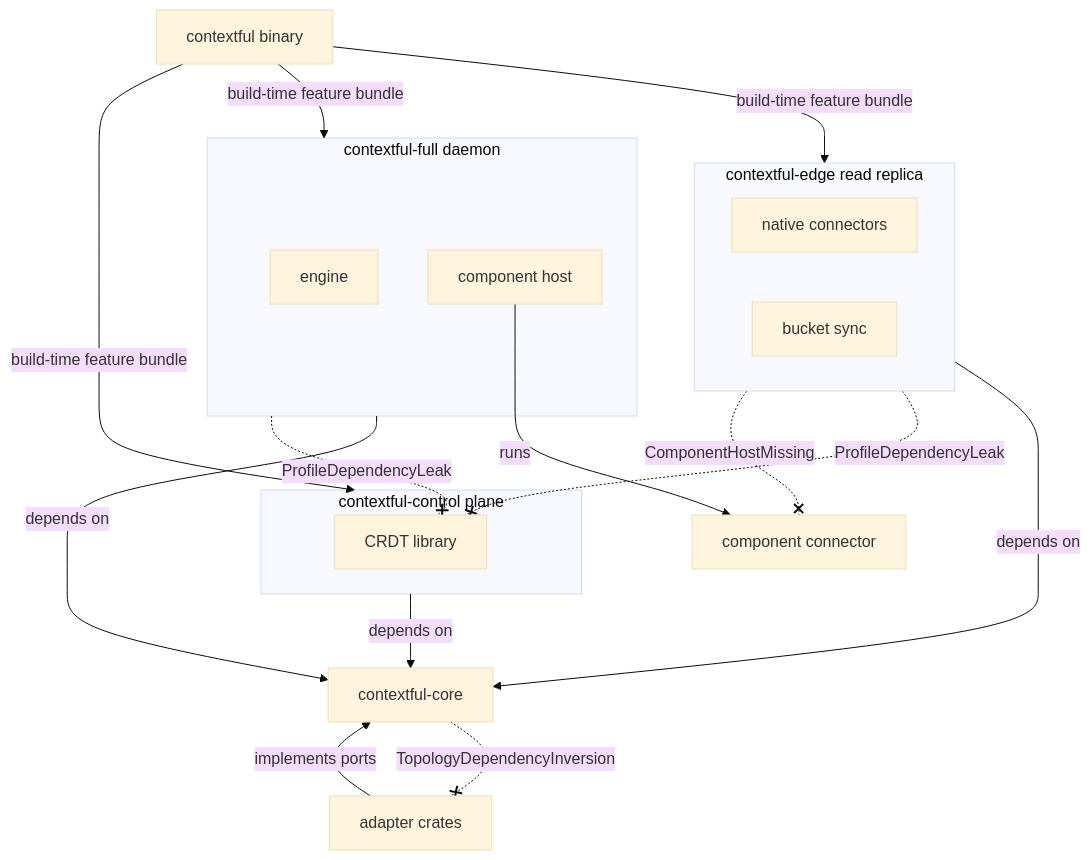
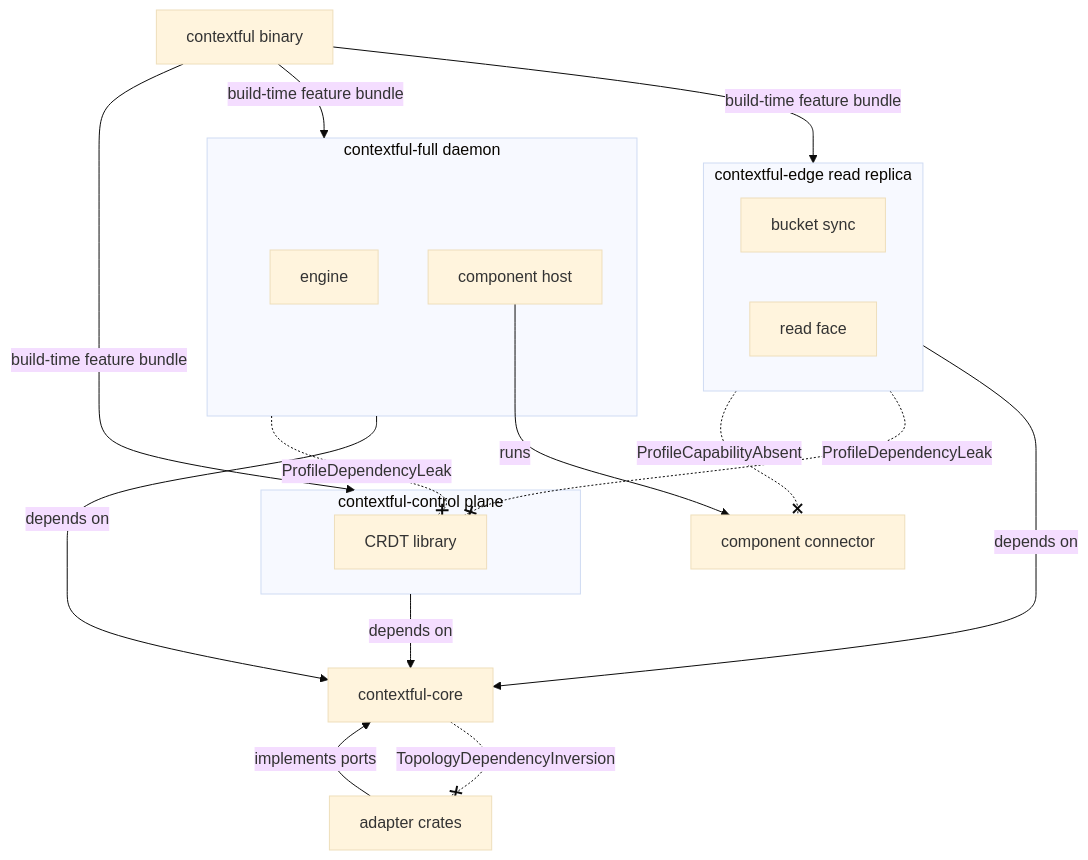
One commit to fractalboxdev/contextful changed the second of 5 diagrams in spec/01-topology.md. Above: the diagram before and after it, drawn with Mermaid (base theme). The commit also changed other lines of this file and 39 other files, not shown here.

First line of the commit message:
build: a release profile, the edge, full and control bundles, and a static linux/amd64 image

````diff
--- a/spec/01-topology.md
+++ b/spec/01-topology.md
@@ -130,28 +135,28 @@
 ```mermaid
 flowchart TD
   CLI["contextful binary"]
   CORE["contextful-core"]
   ADAPT["adapter crates"]
   COMP["component connector"]
 
   subgraph EDGE["contextful-edge read replica"]
-    NATIVE["native connectors"]
     SYNC["bucket sync"]
+    READ["read face"]
   end
   subgraph FULL["contextful-full daemon"]
     ENGINE["engine"]
     HOST["component host"]
   end
   subgraph CTRL["contextful-control plane"]
     CRDT["CRDT library"]
   end
 
   CLI -- "build-time feature bundle" --> EDGE & FULL & CTRL
   EDGE & FULL & CTRL -- "depends on" --> CORE
   ADAPT -- "implements ports" --> CORE
   CORE -. "TopologyDependencyInversion" .-x ADAPT
   EDGE -. "ProfileDependencyLeak" .-x CRDT
   FULL -. "ProfileDependencyLeak" .-x CRDT
-  EDGE -. "ComponentHostMissing" .-x COMP
+  EDGE -. "ProfileCapabilityAbsent" .-x COMP
   HOST -- "runs" --> COMP
 ```
````
